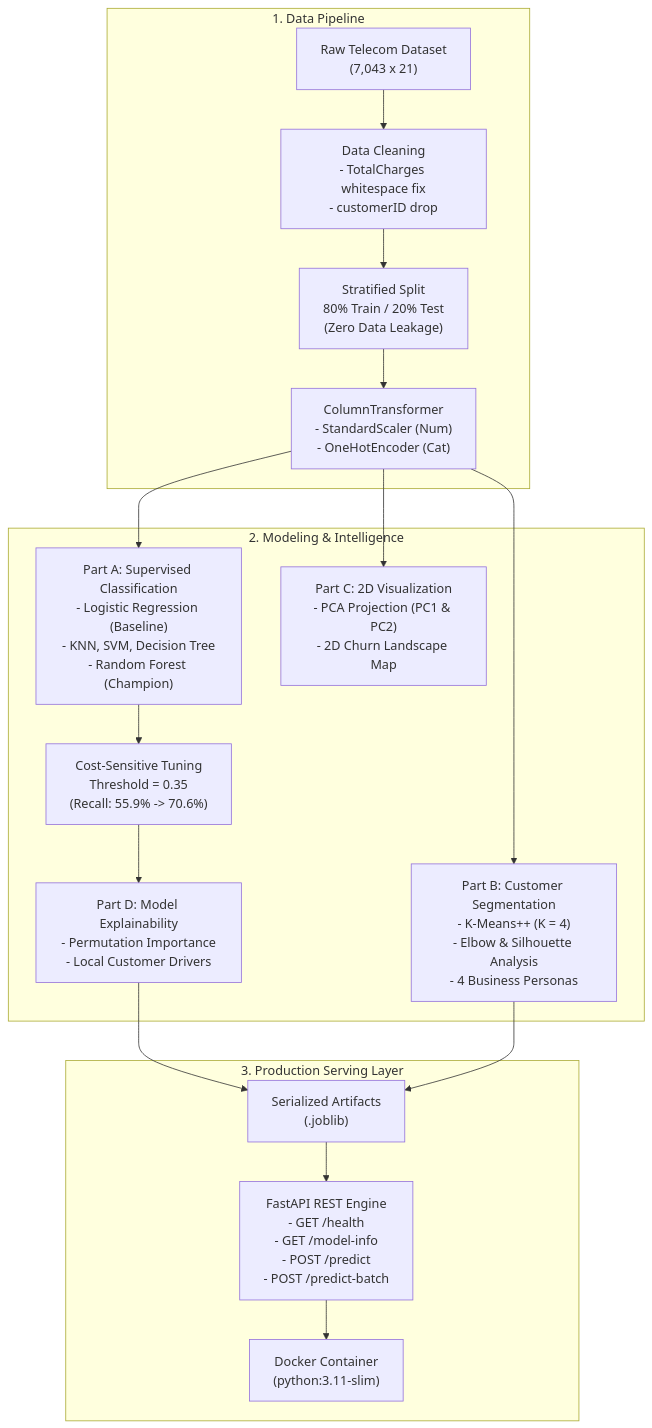
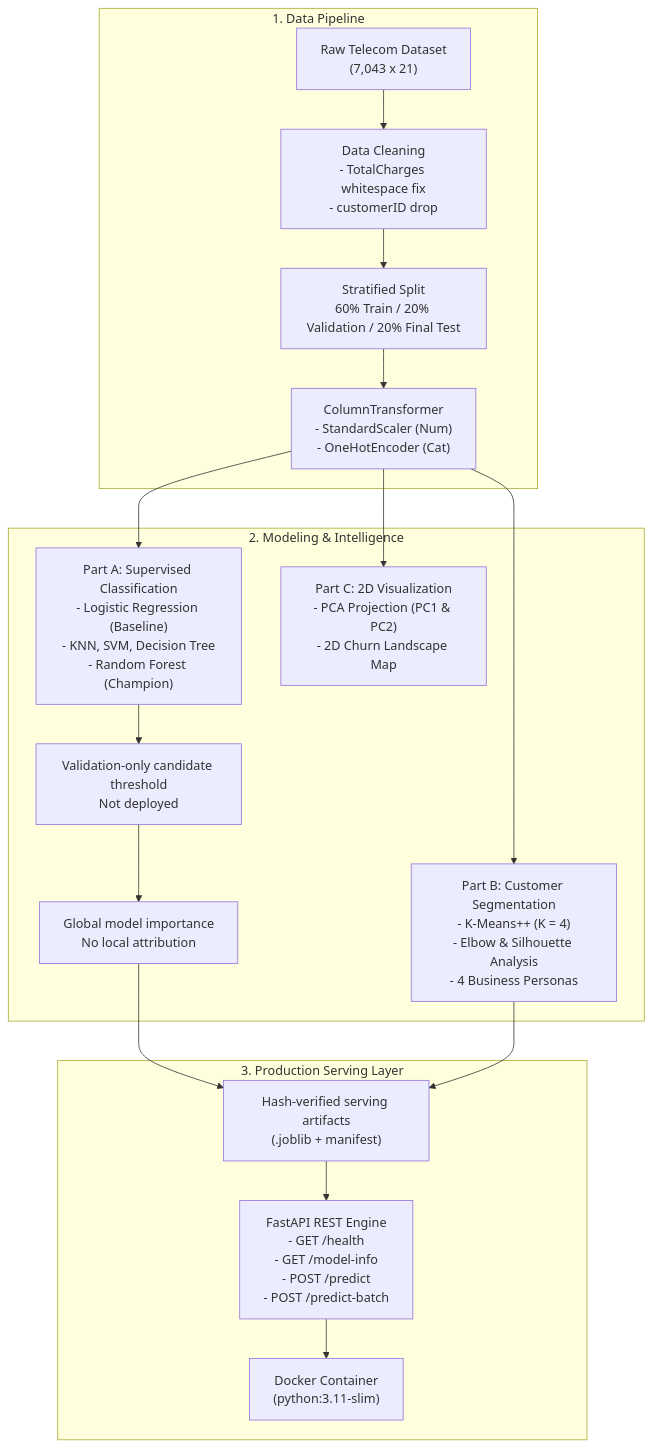
The diagram in README.md (jasirjru/CustomerIQ), drawn with Mermaid before and after one commit. The commit also changed other lines of this file and 4 other files, not shown here.

````diff
--- a/README.md
+++ b/README.md
@@ -31,26 +35,26 @@
 ```mermaid
 flowchart TD
     subgraph Data["1. Data Pipeline"]
         Raw["Raw Telecom Dataset\n(7,043 x 21)"] --> Clean["Data Cleaning\n- TotalCharges whitespace fix\n- customerID drop"]
-        Clean --> Split["Stratified Split\n80% Train / 20% Test\n(Zero Data Leakage)"]
+        Clean --> Split["Stratified Split\n60% Train / 20% Validation / 20% Final Test"]
         Split --> Trans["ColumnTransformer\n- StandardScaler (Num)\n- OneHotEncoder (Cat)"]
     end
 
     subgraph ML["2. Modeling & Intelligence"]
         Trans --> Supervised["Part A: Supervised Classification\n- Logistic Regression (Baseline)\n- KNN, SVM, Decision Tree\n- Random Forest (Champion)"]
-        Supervised --> Threshold["Cost-Sensitive Tuning\nThreshold = 0.35\n(Recall: 55.9% -> 70.6%)"]
+        Supervised --> Threshold["Validation-only candidate threshold\nNot deployed"]
         
         Trans --> Unsupervised["Part B: Customer Segmentation\n- K-Means++ (K = 4)\n- Elbow & Silhouette Analysis\n- 4 Business Personas"]
         
         Trans --> PCA["Part C: 2D Visualization\n- PCA Projection (PC1 & PC2)\n- 2D Churn Landscape Map"]
         
-        Threshold --> XAI["Part D: Model Explainability\n- Permutation Importance\n- Local Customer Drivers"]
+        Threshold --> XAI["Global model importance\nNo local attribution"]
     end
 
     subgraph Serving["3. Production Serving Layer"]
-        XAI --> ModelArtifacts["Serialized Artifacts\n(.joblib)"]
+        XAI --> ModelArtifacts["Hash-verified serving artifacts\n(.joblib + manifest)"]
         Unsupervised --> ModelArtifacts
         ModelArtifacts --> FastAPI["FastAPI REST Engine\n- GET /health\n- GET /model-info\n- POST /predict\n- POST /predict-batch"]
         FastAPI --> Docker["Docker Container\n(python:3.11-slim)"]
     end
 ```
````
